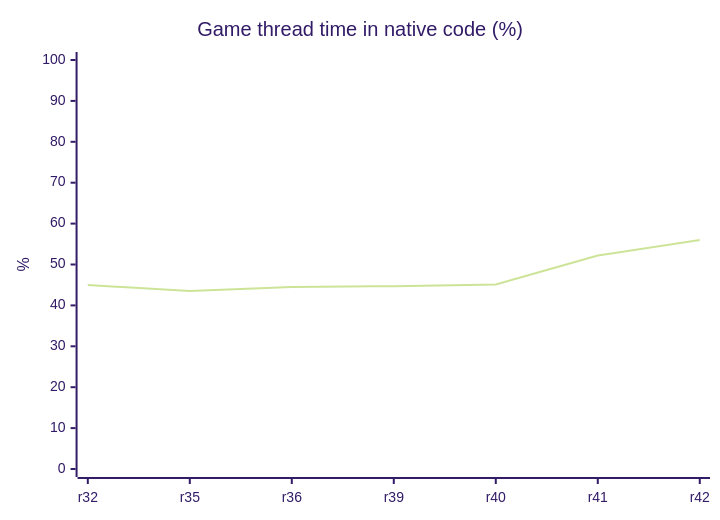
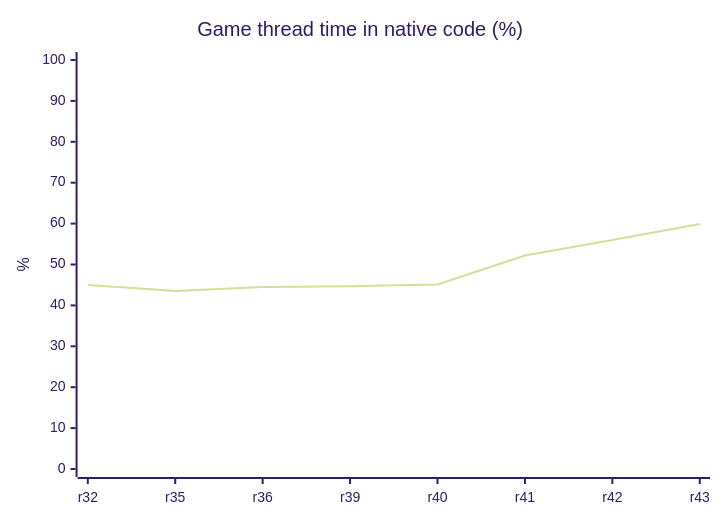
Before and after one commit to HenryKun55/celosia: the diagram in README.md, drawn with Mermaid (forest theme). The commit also changed other lines of this file and 24 other files, not shown here.

````diff
--- a/README.md
+++ b/README.md
@@ -248,7 +249,7 @@
 ```mermaid
 xychart-beta
     title "Game thread time in native code (%)"
-    x-axis ["r32", "r35", "r36", "r39", "r40", "r41", "r42"]
+    x-axis ["r32", "r35", "r36", "r39", "r40", "r41", "r42", "r43"]
     y-axis "%" 0 --> 100
-    line [45.0, 43.5, 44.5, 44.7, 45.1, 52.2, 56.0]
+    line [45.0, 43.5, 44.5, 44.7, 45.1, 52.2, 56.0, 59.9]
 ```
````
